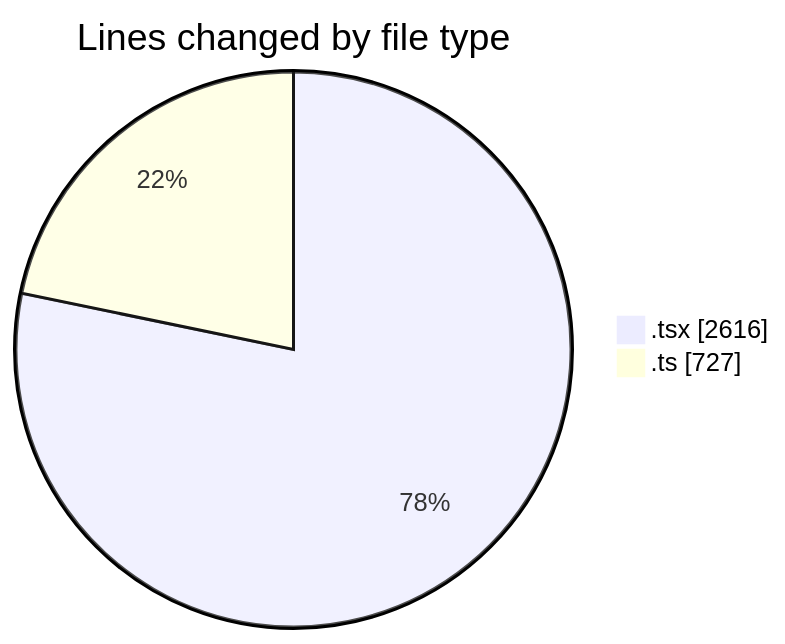
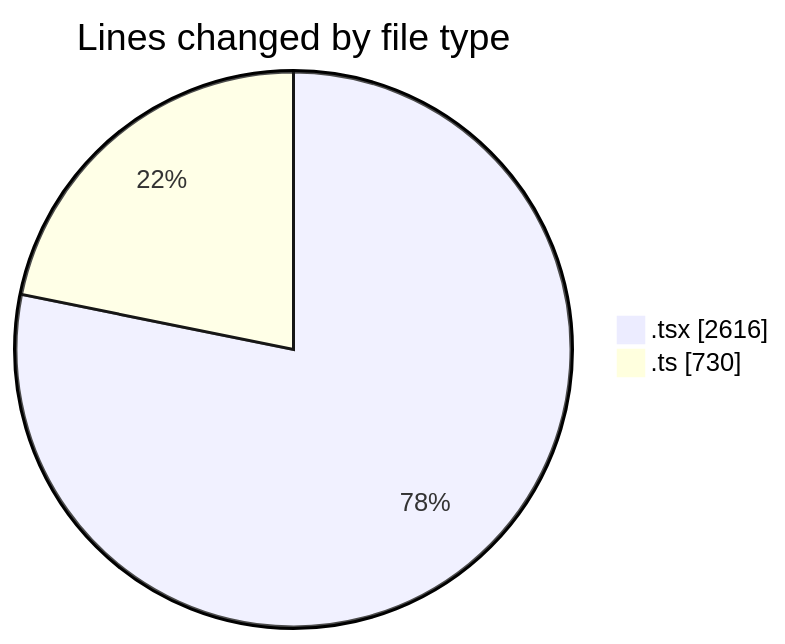
The first of 2 diagrams in 2026-04-03/nxtqube_webapp/README.md (nxtqubesakshisongat/code-tracking), drawn with Mermaid before and after one commit. The commit also changed other lines of this file and 1 other file, not shown here.

````diff
--- a/2026-04-03/nxtqube_webapp/README.md
+++ b/2026-04-03/nxtqube_webapp/README.md
@@ -23,6 +23,6 @@
 ```mermaid
 pie showData
 title Lines changed by file type
 ".tsx" : 2616
-".ts" : 727
+".ts" : 730
 ```
````
